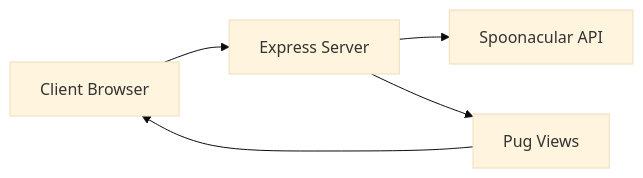
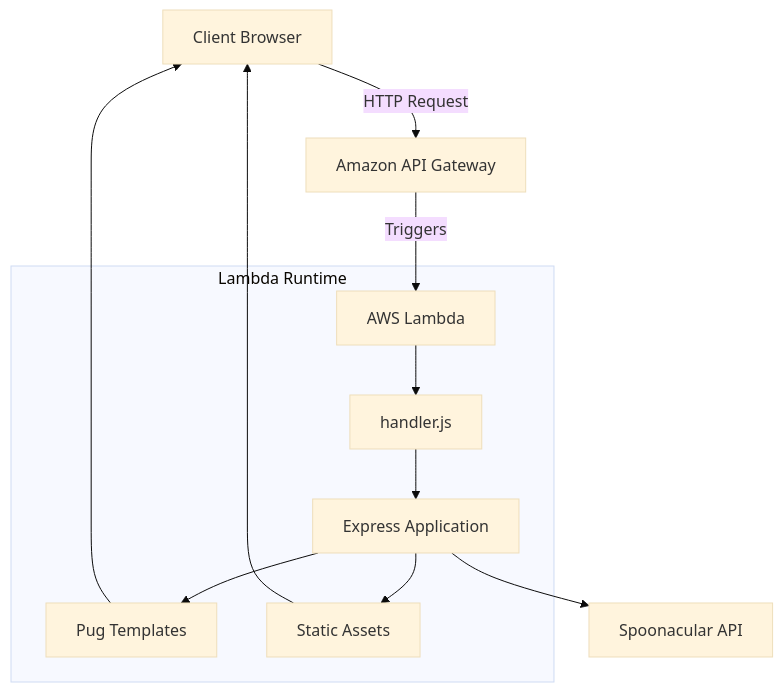
One commit to andresafag/food changed the diagram in README.md. Above: the diagram before and after it, drawn with Mermaid (base theme). The commit also changed other lines of this file and 11 other files, not shown here.

````diff
--- a/README.md
+++ b/README.md
@@ -39,19 +67,20 @@
 ```mermaid
-graph LR
+graph TD
 
-Client[Client Browser]
+Client[Client Browser] -->|HTTP Request| APIGateway[Amazon API Gateway]
 
-Express[Express Server]
+APIGateway -->|Triggers| Lambda[AWS Lambda]
 
-Views[Pug Views]
+subgraph Lambda Runtime
+    Lambda --> Handler[handler.js]
+    Handler --> Express[Express Application]
 
-API[Spoonacular API]
+    Express --> Views[Pug Templates]
+    Express --> Static[Static Assets]
+end
 
-Client --> Express
-
-Express --> API
-
-Express --> Views
+Express --> Spoonacular[Spoonacular API]
 
 Views --> Client
+Static --> Client
 ```
````
